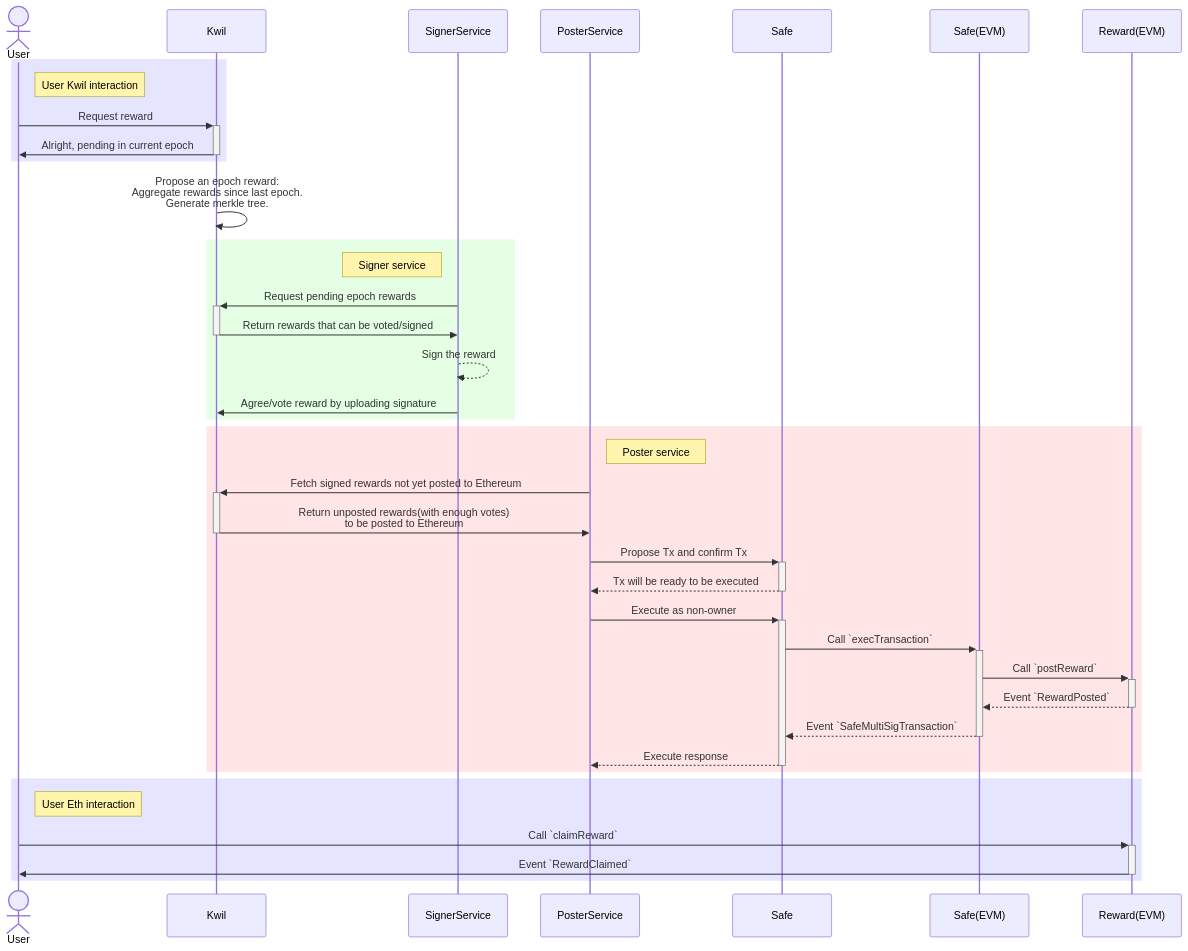
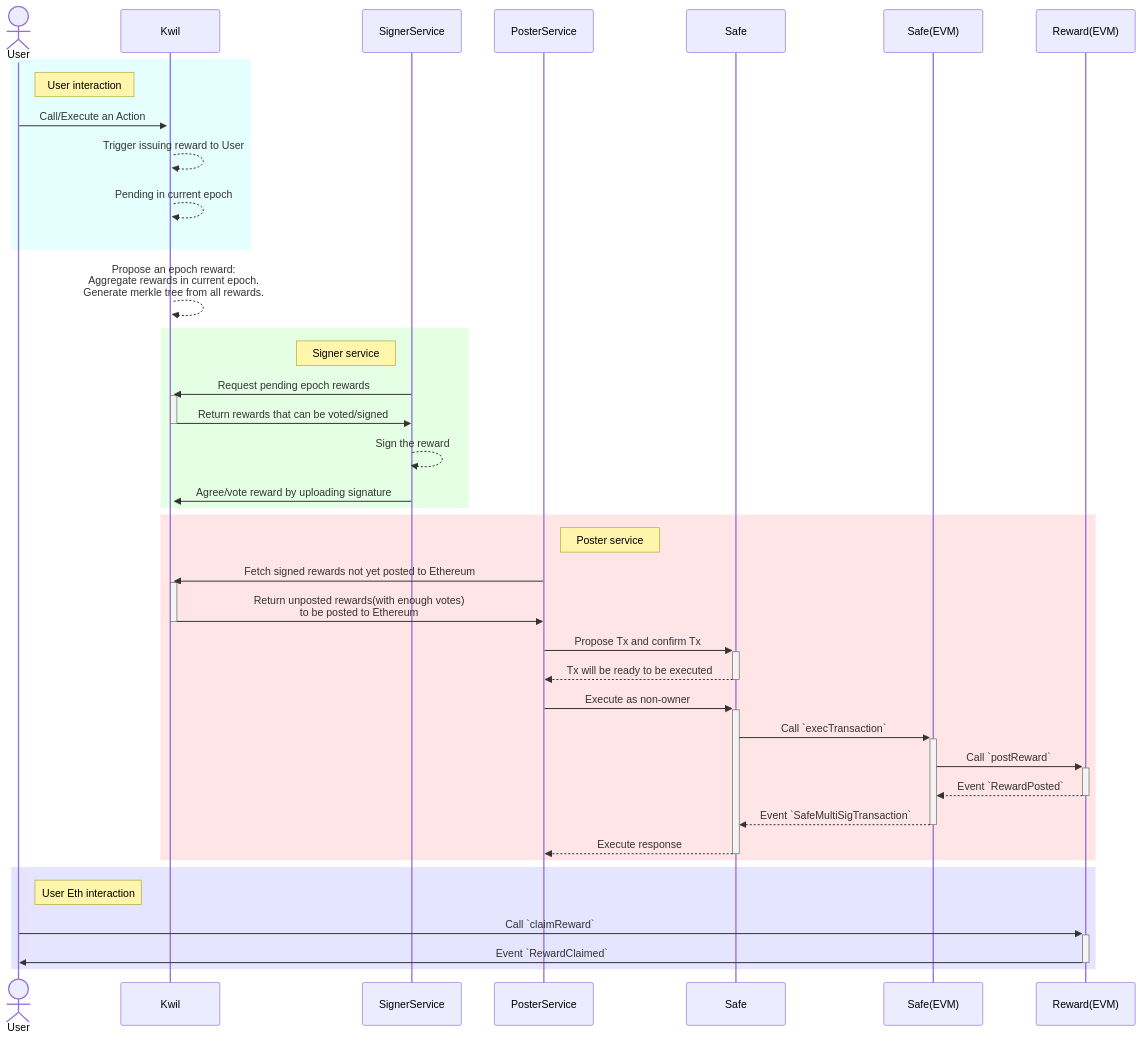
The diagram in README.md (trufnetwork/rewards_contracts), drawn with Mermaid before and after one commit. The commit also changed other lines of this file and 19 other files, not shown here.

````diff
--- a/README.md
+++ b/README.md
@@ -5,47 +5,48 @@
 ```mermaid
 sequenceDiagram
     Actor u as User
     participant k as Kwil
     participant s as SignerService
     participant p as PosterService
     participant g as Safe
     participant sf as Safe(EVM)
     participant r as Reward(EVM)
 
-    rect rgba(0, 0, 255, .1)
-    Note right of u: User Kwil interaction
-    u ->>+ k: Request reward
-    k ->>- u: Alright, pending in current epoch
+    rect rgba(0, 255, 255, .1)
+    Note right of u: User interaction
+    u ->>+ k: Call/Execute an Action
+    k -->> k: Trigger issuing reward to User
+    k -->> k: Pending in current epoch
     end
 
-    k ->> k: Propose an epoch reward: <br> Aggregate rewards since last epoch. <br> Generate merkle tree.
+    k -->> k: Propose an epoch reward: <br> Aggregate rewards in current epoch. <br> Generate merkle tree from all rewards.
 
     rect rgba(0,255,0,.1)
     Note left of s: Signer service
     s ->>+ k: Request pending epoch rewards
     k ->>- s: Return rewards that can be voted/signed
     s -->> s: Sign the reward
     s ->> k: Agree/vote reward by uploading signature
     end
 
     rect rgba(255,0,0,.1)
     Note right of p: Poster service
     p ->>+ k: Fetch signed rewards not yet posted to Ethereum
     k ->>- p: Return unposted rewards(with enough votes) <br>to be posted to Ethereum
     p ->>+ g: Propose Tx and confirm Tx
     g -->>- p: Tx will be ready to be executed
 
     p ->>+ g: Execute as non-owner
     g ->>+ sf: Call `execTransaction`
     sf ->>+ r: Call `postReward`
     r -->>- sf: Event `RewardPosted`
     sf -->>- g: Event `SafeMultiSigTransaction`
     g -->>- p: Execute response
     end
 
     rect rgba(0,0, 255, .1)
     Note right of u: User Eth interaction
     u ->>+ r: Call `claimReward`
     r ->>- u: Event `RewardClaimed`
     end
 ```
````
